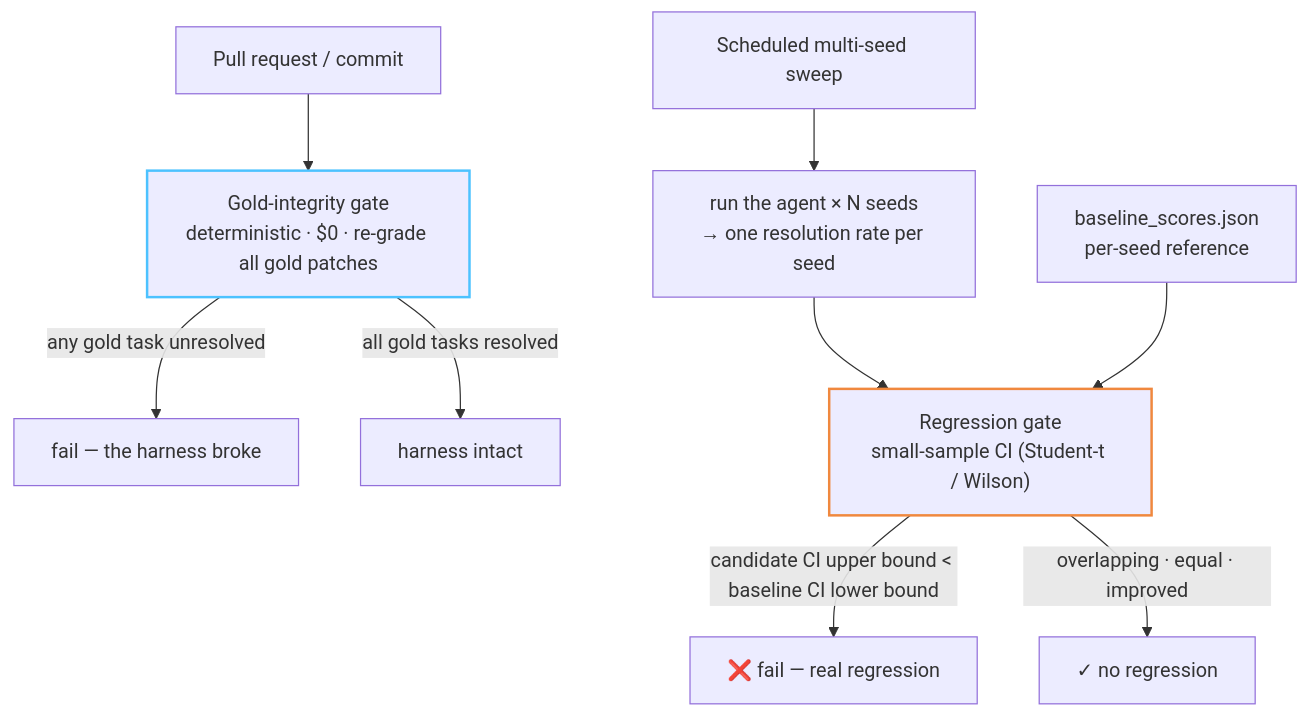
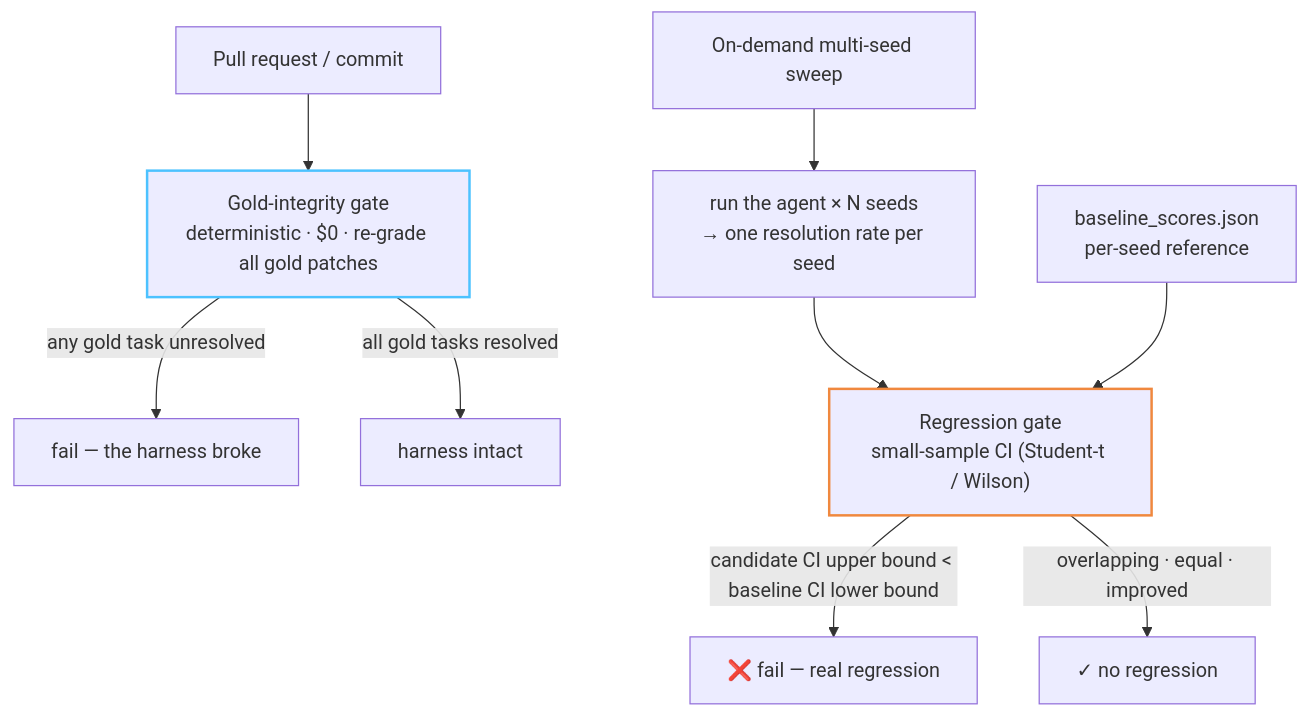
One commit to ahmedEid1/forgejudge changed the second of 2 diagrams in README.md. Above: the diagram before and after it, drawn with Mermaid. The commit also changed other lines of this file and 5 other files, not shown here.

````diff
--- a/README.md
+++ b/README.md
@@ -72,15 +72,15 @@
 ```mermaid
 flowchart TD
     PR["Pull request / commit"] --> GG["Gold-integrity gate<br/>deterministic · $0 · re-grade all gold patches"]
     GG -->|"any gold task unresolved"| F1["fail — the harness broke"]
     GG -->|"all gold tasks resolved"| OK1["harness intact"]
 
-    CRON["Scheduled multi-seed sweep"] --> SEEDS["run the agent × N seeds<br/>→ one resolution rate per seed"]
+    CRON["On-demand multi-seed sweep"] --> SEEDS["run the agent × N seeds<br/>→ one resolution rate per seed"]
     SEEDS --> RG["Regression gate<br/>small-sample CI (Student-t / Wilson)"]
     BASE["baseline_scores.json<br/>per-seed reference"] --> RG
     RG -->|"candidate CI upper bound &lt; baseline CI lower bound"| F2["❌ fail — real regression"]
     RG -->|"overlapping · equal · improved"| OK2["✓ no regression"]
 
     style GG stroke:#4cc2ff,stroke-width:2px
     style RG stroke:#f0883e,stroke-width:2px
 ```
````
